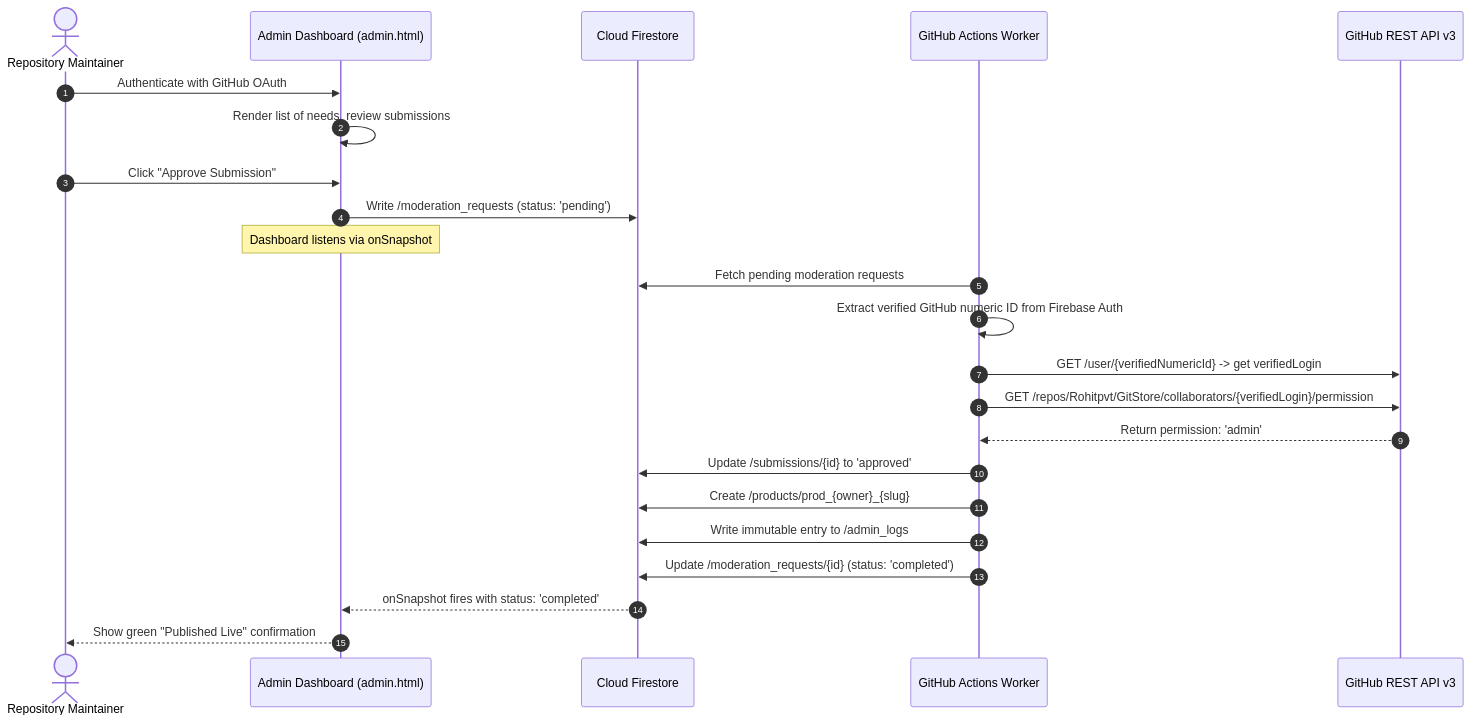
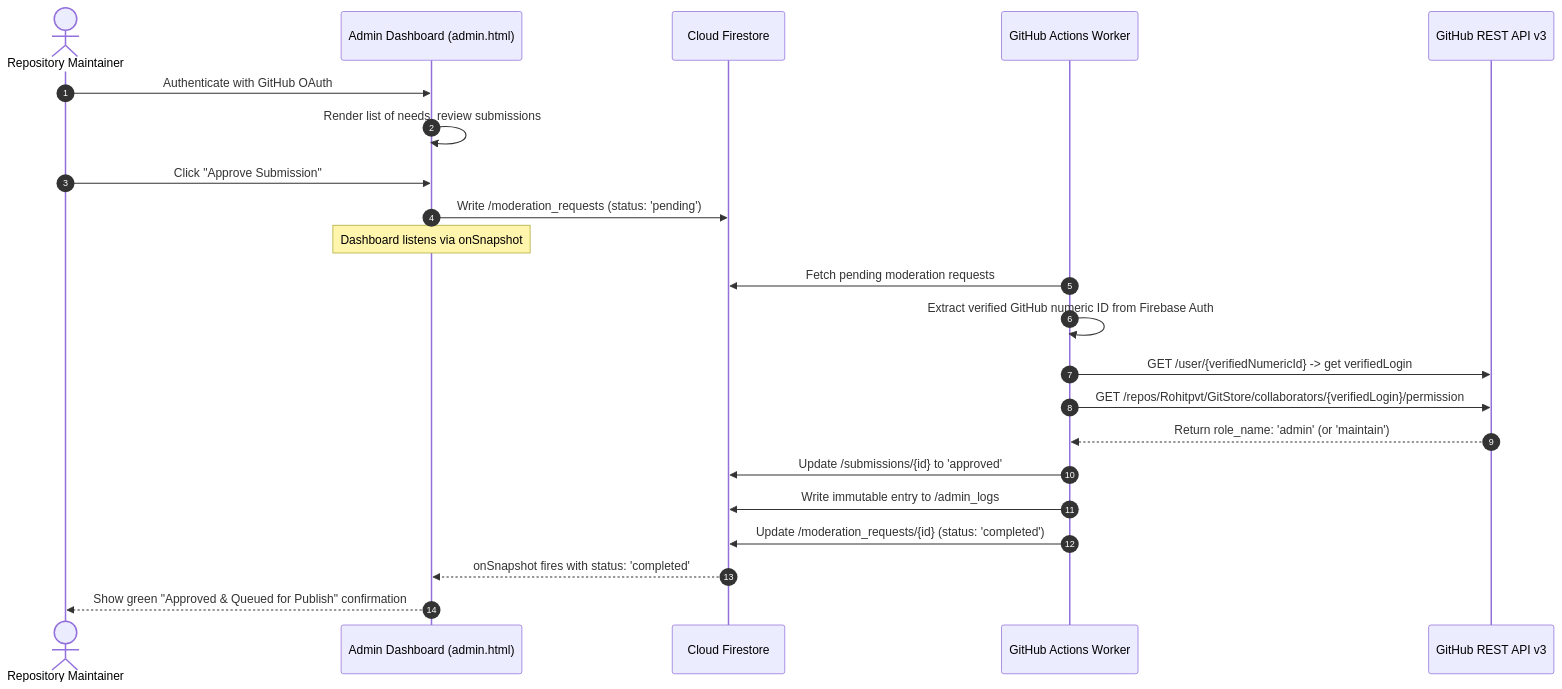
One commit to Rohitpvt/GitStore changed the fourth of 4 diagrams in docs/SDD.md. Above: the diagram before and after it, drawn with Mermaid. The commit also changed other lines of this file and 13 other files, not shown here.

Commit message:
chore(phase-0.1.2): final security and architecture corrections

````diff
--- a/docs/SDD.md
+++ b/docs/SDD.md
@@ -163,26 +206,25 @@
 ```mermaid
 sequenceDiagram
     autonumber
     actor Admin as Repository Maintainer
     participant Dashboard as Admin Dashboard (admin.html)
     participant FS as Cloud Firestore
     participant Actions as GitHub Actions Worker
     participant GH as GitHub REST API v3
 
     Admin->>Dashboard: Authenticate with GitHub OAuth
     Dashboard->>Dashboard: Render list of needs_review submissions
     Admin->>Dashboard: Click "Approve Submission"
     Dashboard->>FS: Write /moderation_requests (status: 'pending')
     Note over Dashboard: Dashboard listens via onSnapshot
     Actions->>FS: Fetch pending moderation requests
     Actions->>Actions: Extract verified GitHub numeric ID from Firebase Auth
     Actions->>GH: GET /user/{verifiedNumericId} -> get verifiedLogin
     Actions->>GH: GET /repos/Rohitpvt/GitStore/collaborators/{verifiedLogin}/permission
-    GH-->>Actions: Return permission: 'admin'
+    GH-->>Actions: Return role_name: 'admin' (or 'maintain')
     Actions->>FS: Update /submissions/{id} to 'approved'
-    Actions->>FS: Create /products/prod_{owner}_{slug}
     Actions->>FS: Write immutable entry to /admin_logs
     Actions->>FS: Update /moderation_requests/{id} (status: 'completed')
     FS-->>Dashboard: onSnapshot fires with status: 'completed'
-    Dashboard-->>Admin: Show green "Published Live" confirmation
+    Dashboard-->>Admin: Show green "Approved & Queued for Publish" confirmation
 ```
````
